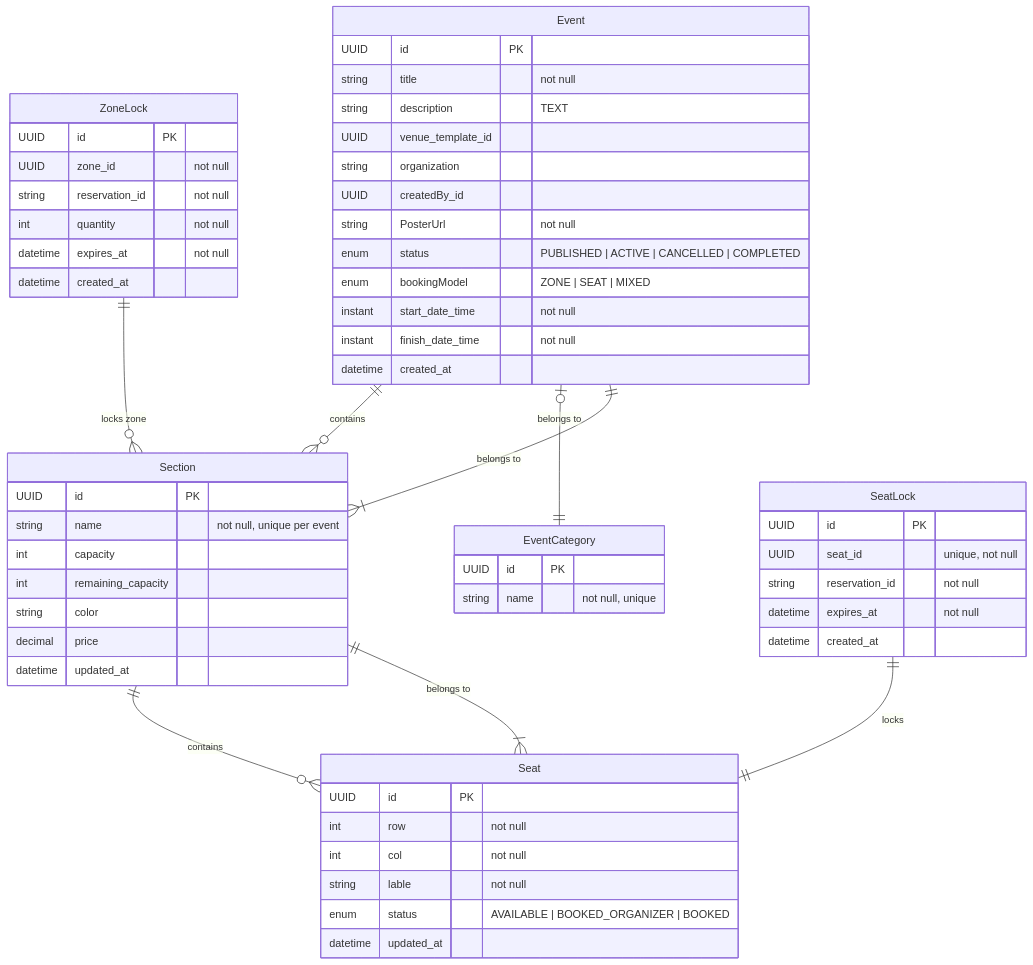
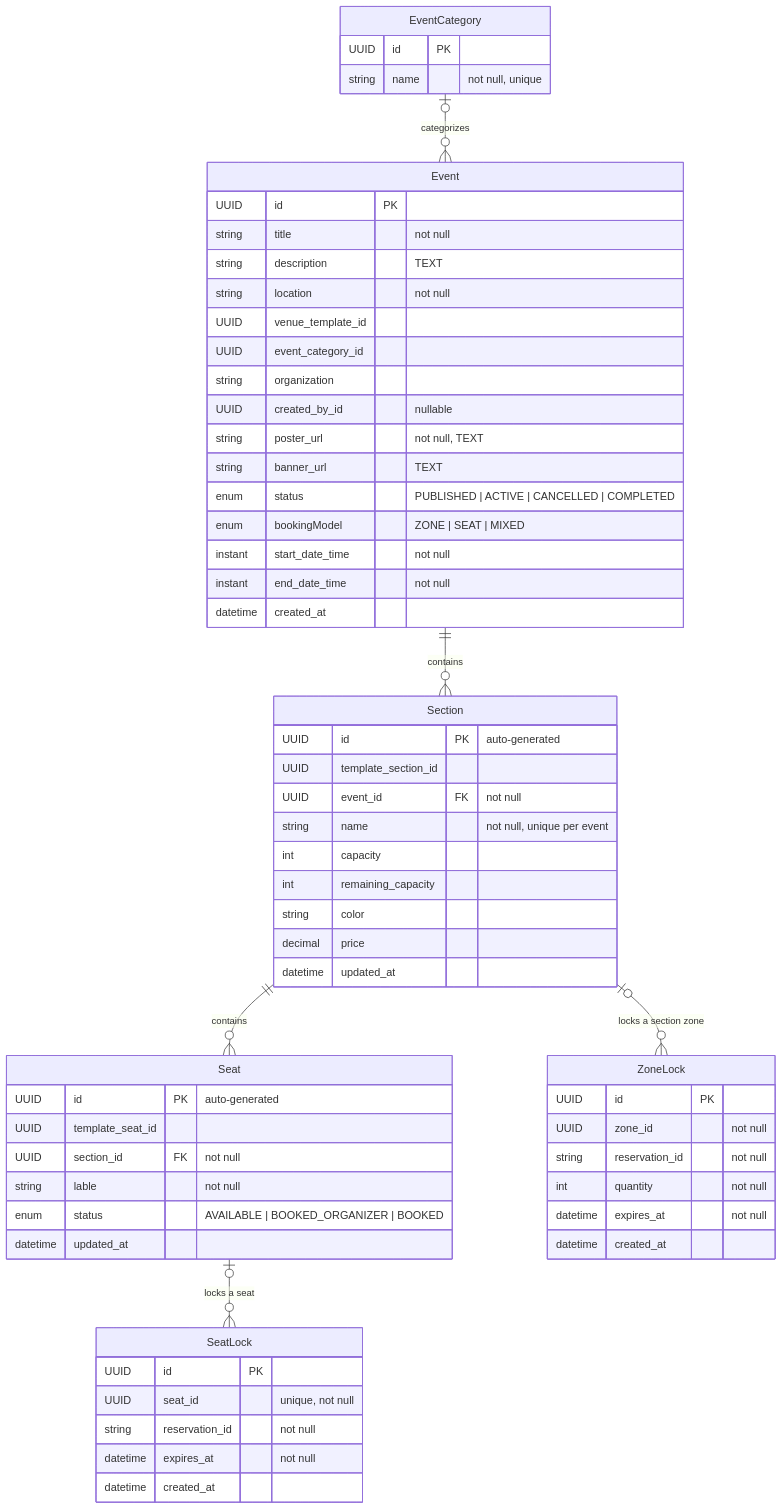
Before and after one commit to Ticket-Souq/TicketSouq: the diagram in docs/services/event-service/erd.md, drawn with Mermaid. The commit also changed other lines of this file and 23 other files, not shown here.

````diff
--- a/docs/services/event-service/erd.md
+++ b/docs/services/event-service/erd.md
@@ -10,79 +10,72 @@
 ```mermaid
 erDiagram
+
+  EventCategory o|--o{ Event : "categorizes"
   Event ||--o{ Section : "contains"
-  %% Source: event-service/src/main/java/.../model/Event.java:67 (@OneToMany)
-
   Section ||--o{ Seat : "contains"
-  %% Source: event-service/src/main/java/.../model/Section.java:57 (@OneToMany)
-
-  Event o|--|| EventCategory : "belongs to"
-  %% Source: event-service/src/main/java/.../model/Event.java:40 (@ManyToOne)
-
-  Section }|--|| Event : "belongs to"
-  %% Source: event-service/src/main/java/.../model/Section.java:38-39 (@ManyToOne + @JoinColumn)
-
-  Seat }|--|| Section : "belongs to"
-  %% Source: event-service/src/main/java/.../model/Seat.java:28-29 (@ManyToOne + @JoinColumn)
-
-  SeatLock ||--|| Seat : "locks"
-  %% Source: event-service/src/main/java/.../model/SeatLock.java:24-25 (seatId UUID reference)
-
-  ZoneLock ||--o{ Section : "locks zone"
-  %% Source: event-service/src/main/java/.../model/ZoneLock.java:25-26 (zoneId UUID reference)
+  Section o|--o{ ZoneLock : "locks a section zone"
+  Seat o|--o{ SeatLock : "locks a seat"
+  %% ZoneLock is drawn beside Section and SeatLock beside Seat for readability;
+  %% real references: ZoneLock.zone_id -> Section.id, SeatLock.seat_id -> Seat.id
 
   Event {
     UUID id PK
     string title "not null"
     string description "TEXT"
+    string location "not null"
     UUID venue_template_id
+    UUID event_category_id
     string organization
-    UUID createdBy_id
-    string PosterUrl "not null"
+    UUID created_by_id "nullable"
+    string poster_url "not null, TEXT"
+    string banner_url "TEXT"
     enum status "PUBLISHED | ACTIVE | CANCELLED | COMPLETED"
     enum bookingModel "ZONE | SEAT | MIXED"
     instant start_date_time "not null"
-    instant finish_date_time "not null"
+    instant end_date_time "not null"
     datetime created_at
   }
 
   EventCategory {
     UUID id PK
     string name "not null, unique"
   }
 
   Section {
-    UUID id PK
+    UUID id PK "auto-generated"
+    UUID template_section_id
+    UUID event_id FK "not null"
     string name "not null, unique per event"
     int capacity
     int remaining_capacity
     string color
     decimal price
     datetime updated_at
   }
 
   Seat {
-    UUID id PK
-    int row "not null"
-    int col "not null"
+    UUID id PK "auto-generated"
+    UUID template_seat_id
+    UUID section_id FK "not null"
     string lable "not null"
     enum status "AVAILABLE | BOOKED_ORGANIZER | BOOKED"
     datetime updated_at
   }
 
   SeatLock {
     UUID id PK
     UUID seat_id "unique, not null"
     string reservation_id "not null"
     datetime expires_at "not null"
     datetime created_at
   }
 
   ZoneLock {
     UUID id PK
     UUID zone_id "not null"
     string reservation_id "not null"
     int quantity "not null"
     datetime expires_at "not null"
     datetime created_at
   }
 ```
````
